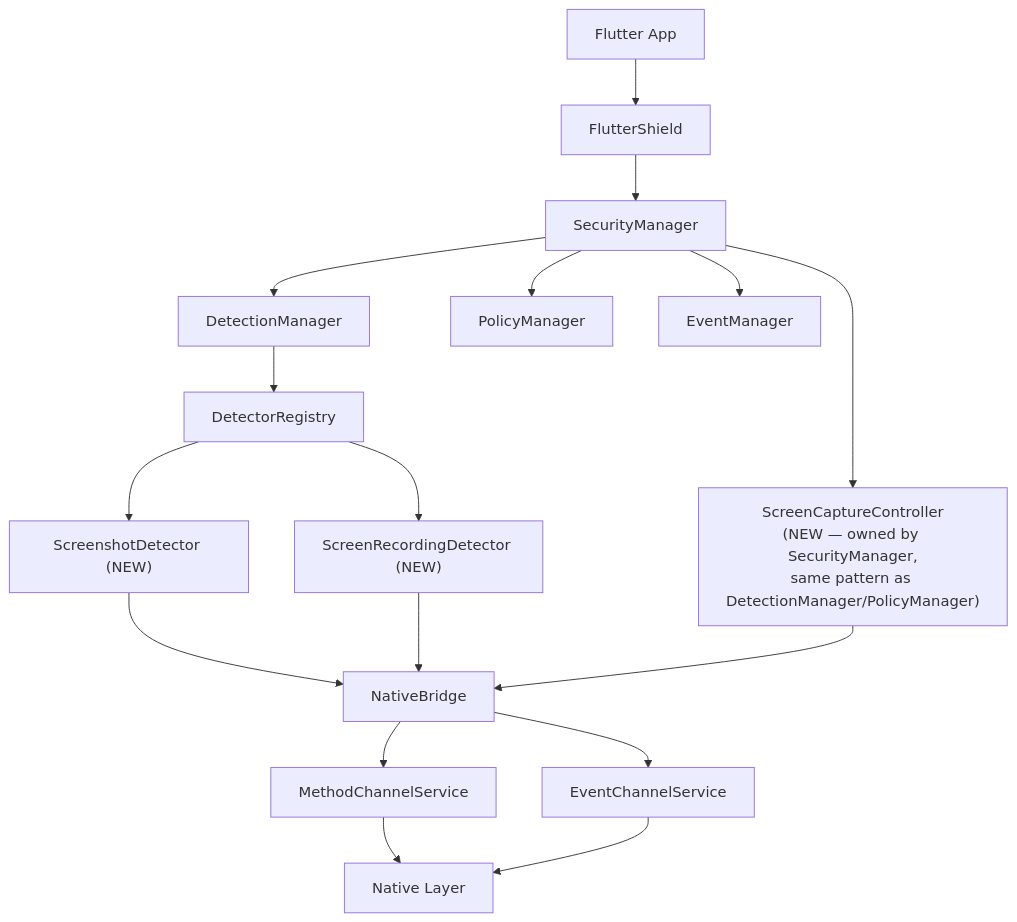
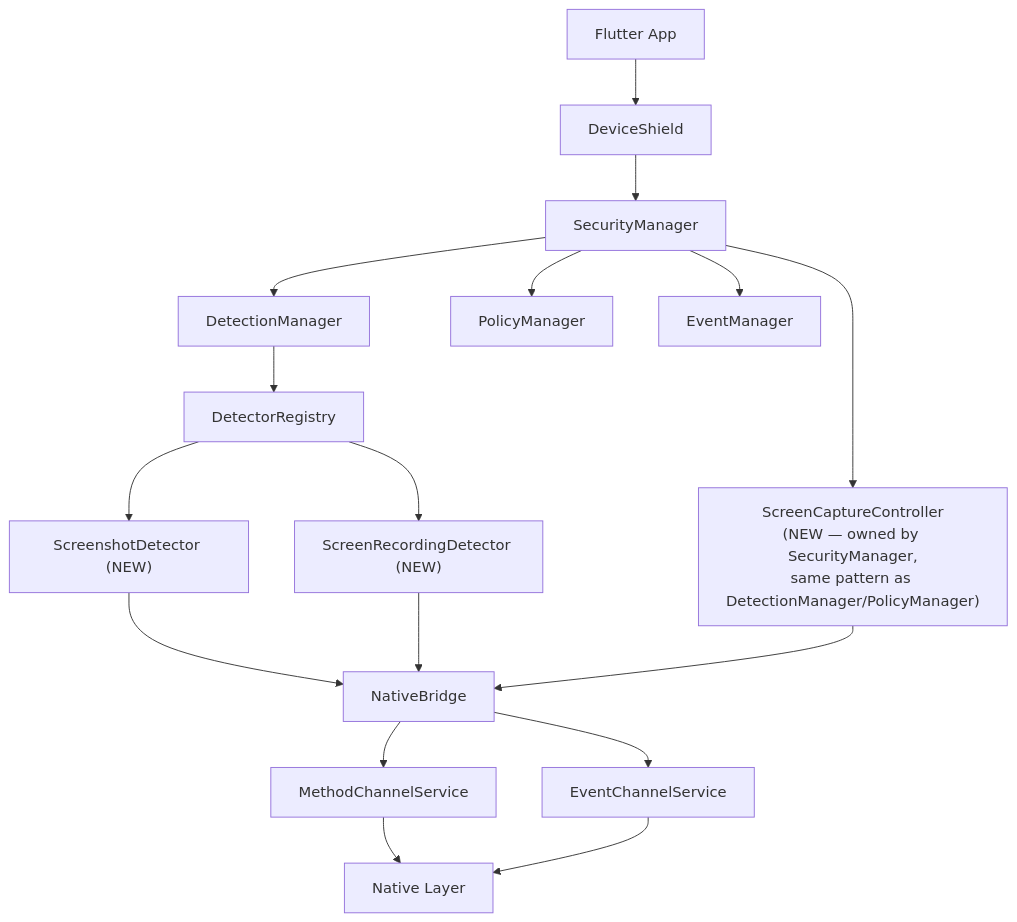
Before and after one commit to Vikaskumar75/device-shield: the third of 6 diagrams in app/doc/features/SCREENSHOT_SCREEN_RECORDING_PROTECTION.md, drawn with Mermaid. The commit also changed other lines of this file and 225 other files, not shown here.

First line of the commit message:
Add documentation for device_shield including FAQ, troubleshooting, installation, and platform setup

````diff
--- a/app/doc/features/SCREENSHOT_SCREEN_RECORDING_PROTECTION.md
+++ b/app/doc/features/SCREENSHOT_SCREEN_RECORDING_PROTECTION.md
@@ -274,19 +274,19 @@
 ```mermaid
 flowchart TD
-    APP["Flutter App"] --> API["FlutterShield"]
+    APP["Flutter App"] --> API["DeviceShield"]
     API --> SM["SecurityManager"]
     SM --> DET["DetectionManager"]
     SM --> POL["PolicyManager"]
     SM --> EVT["EventManager"]
     SM --> SCC["ScreenCaptureController\n(NEW — owned by SecurityManager,\nsame pattern as DetectionManager/PolicyManager)"]
     DET --> REG["DetectorRegistry"]
     REG --> SSD["ScreenshotDetector (NEW)"]
     REG --> SRD["ScreenRecordingDetector (NEW)"]
     SSD --> NB["NativeBridge"]
     SRD --> NB
     SCC --> NB
     NB --> MCS["MethodChannelService"]
     NB --> ECS["EventChannelService"]
     MCS --> NATIVE["Native Layer"]
     ECS --> NATIVE
 ```
````
